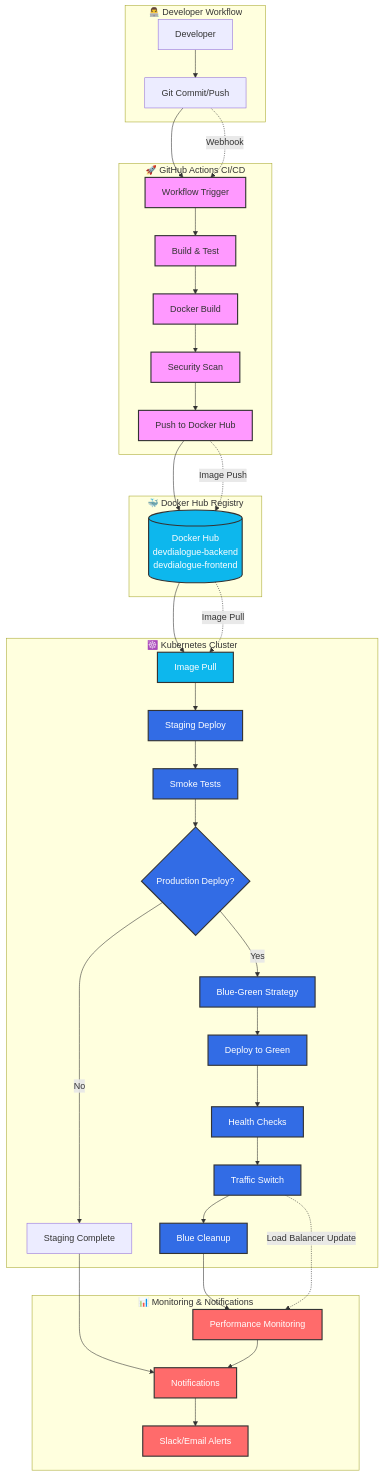
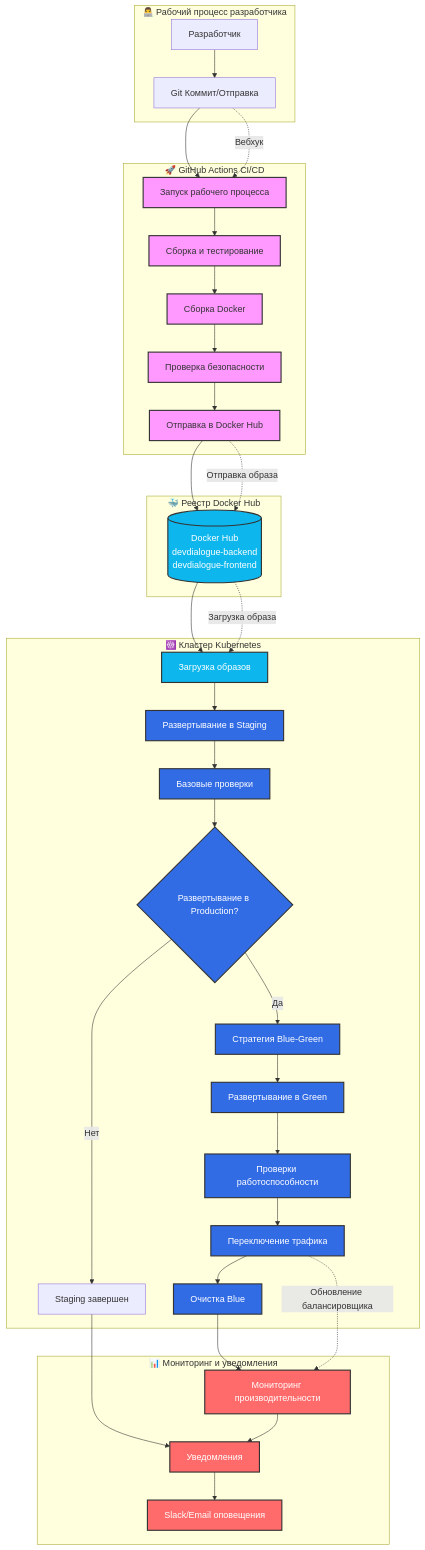
Before and after one commit to EugeneSadness/DevDialogue: the diagram in project-docs/architecture-diagram.md, drawn with Mermaid. The commit also changed 3 other files, not shown here.

Commit message:
Fix Russian translation: replace 'smoke tests' with 'basic checks'

````diff
--- a/project-docs/architecture-diagram.md
+++ b/project-docs/architecture-diagram.md
@@ -5,57 +5,57 @@
 ```mermaid
 graph TB
-    subgraph "👨‍💻 Developer Workflow"
-        DEV[Developer] --> COMMIT[Git Commit/Push]
+    subgraph "👨‍💻 Рабочий процесс разработчика"
+        DEV[Разработчик] --> COMMIT[Git Коммит/Отправка]
     end
-    
+
     subgraph "🚀 GitHub Actions CI/CD"
-        COMMIT --> TRIGGER[Workflow Trigger]
-        TRIGGER --> BUILD[Build & Test]
-        BUILD --> DOCKER_BUILD[Docker Build]
-        DOCKER_BUILD --> SECURITY[Security Scan]
-        SECURITY --> DOCKER_PUSH[Push to Docker Hub]
+        COMMIT --> TRIGGER[Запуск рабочего процесса]
+        TRIGGER --> BUILD[Сборка и тестирование]
+        BUILD --> DOCKER_BUILD[Сборка Docker]
+        DOCKER_BUILD --> SECURITY[Проверка безопасности]
+        SECURITY --> DOCKER_PUSH[Отправка в Docker Hub]
     end
-    
-    subgraph "🐳 Docker Hub Registry"
+
+    subgraph "🐳 Реестр Docker Hub"
         DOCKER_PUSH --> REGISTRY[(Docker Hub<br/>devdialogue-backend<br/>devdialogue-frontend)]
     end
-    
-    subgraph "☸️ Kubernetes Cluster"
-        REGISTRY --> K8S_PULL[Image Pull]
-        K8S_PULL --> STAGING[Staging Deploy]
-        STAGING --> SMOKE[Smoke Tests]
-        SMOKE --> PROD_DEPLOY{Production Deploy?}
-        
-        PROD_DEPLOY -->|Yes| BLUE_GREEN[Blue-Green Strategy]
-        BLUE_GREEN --> GREEN_DEPLOY[Deploy to Green]
-        GREEN_DEPLOY --> HEALTH_CHECK[Health Checks]
-        HEALTH_CHECK --> TRAFFIC_SWITCH[Traffic Switch]
-        TRAFFIC_SWITCH --> CLEANUP[Blue Cleanup]
-        
-        PROD_DEPLOY -->|No| END_STAGING[Staging Complete]
+
+    subgraph "☸️ Кластер Kubernetes"
+        REGISTRY --> K8S_PULL[Загрузка образов]
+        K8S_PULL --> STAGING[Развертывание в Staging]
+        STAGING --> SMOKE[Базовые проверки]
+        SMOKE --> PROD_DEPLOY{Развертывание в Production?}
+
+        PROD_DEPLOY -->|Да| BLUE_GREEN[Стратегия Blue-Green]
+        BLUE_GREEN --> GREEN_DEPLOY[Развертывание в Green]
+        GREEN_DEPLOY --> HEALTH_CHECK[Проверки работоспособности]
+        HEALTH_CHECK --> TRAFFIC_SWITCH[Переключение трафика]
+        TRAFFIC_SWITCH --> CLEANUP[Очистка Blue]
+
+        PROD_DEPLOY -->|Нет| END_STAGING[Staging завершен]
     end
-    
-    subgraph "📊 Monitoring & Notifications"
-        CLEANUP --> MONITOR[Performance Monitoring]
-        END_STAGING --> NOTIFY[Notifications]
+
+    subgraph "📊 Мониторинг и уведомления"
+        CLEANUP --> MONITOR[Мониторинг производительности]
+        END_STAGING --> NOTIFY[Уведомления]
         MONITOR --> NOTIFY
-        NOTIFY --> SLACK[Slack/Email Alerts]
+        NOTIFY --> SLACK[Slack/Email оповещения]
     end
-    
-    %% Data Flow Annotations
-    COMMIT -.->|"Webhook"| TRIGGER
-    DOCKER_PUSH -.->|"Image Push"| REGISTRY
-    REGISTRY -.->|"Image Pull"| K8S_PULL
-    TRAFFIC_SWITCH -.->|"Load Balancer Update"| MONITOR
-    
-    %% Styling
+
+    %% Аннотации потока данных
+    COMMIT -.->|"Вебхук"| TRIGGER
+    DOCKER_PUSH -.->|"Отправка образа"| REGISTRY
+    REGISTRY -.->|"Загрузка образа"| K8S_PULL
+    TRAFFIC_SWITCH -.->|"Обновление балансировщика"| MONITOR
+
+    %% Стилизация
     classDef github fill:#f9f,stroke:#333,stroke-width:2px
     classDef docker fill:#0db7ed,stroke:#333,stroke-width:2px,color:#fff
     classDef k8s fill:#326ce5,stroke:#333,stroke-width:2px,color:#fff
     classDef monitor fill:#ff6b6b,stroke:#333,stroke-width:2px,color:#fff
-    
+
     class TRIGGER,BUILD,DOCKER_BUILD,SECURITY,DOCKER_PUSH github
     class REGISTRY,K8S_PULL docker
     class STAGING,SMOKE,PROD_DEPLOY,BLUE_GREEN,GREEN_DEPLOY,HEALTH_CHECK,TRAFFIC_SWITCH,CLEANUP k8s
     class MONITOR,NOTIFY,SLACK monitor
 ```
````
